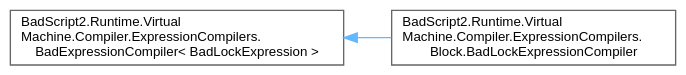
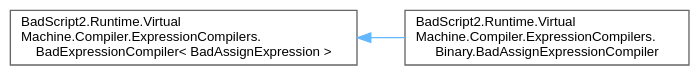
Before and after one commit to ByteChkR/BadScript2: the diagram in docs/reference/inherit_graph_79.dot, drawn with Graphviz. The commit also changed 1399 other files, not shown here.

```diff
--- a/docs/reference/inherit_graph_79.dot
+++ b/docs/reference/inherit_graph_79.dot
@@ -1,11 +1,11 @@
 digraph "Graphical Class Hierarchy"
 {
  // LATEX_PDF_SIZE
   bgcolor="transparent";
   edge [fontname=Helvetica,fontsize=10,labelfontname=Helvetica,labelfontsize=10];
   node [fontname=Helvetica,fontsize=10,shape=box,height=0.2,width=0.4];
   rankdir="LR";
-  Node0 [id="Node000000",label="BadScript2.Runtime.Virtual\lMachine.Compiler.ExpressionCompilers.\lBadExpressionCompiler\< BadLockExpression \>",height=0.2,width=0.4,color="grey40", fillcolor="white", style="filled",URL="$class_bad_script2_1_1_runtime_1_1_virtual_machine_1_1_compiler_1_1_expression_compilers_1_1_bad_expression_compiler.html",tooltip=" "];
-  Node0 -> Node1 [id="edge226_Node000000_Node000001",dir="back",color="steelblue1",style="solid",tooltip=" "];
-  Node1 [id="Node000001",label="BadScript2.Runtime.Virtual\lMachine.Compiler.ExpressionCompilers.\lBlock.BadLockExpressionCompiler",height=0.2,width=0.4,color="grey40", fillcolor="white", style="filled",URL="$class_bad_script2_1_1_runtime_1_1_virtual_machine_1_1_compiler_1_1_expression_compilers_1_1_blocb9cf0dbe84c6aa26b116dda11c8b0934.html",tooltip=" "];
+  Node0 [id="Node000000",label="BadScript2.Runtime.Virtual\lMachine.Compiler.ExpressionCompilers.\lBadExpressionCompiler\< BadAssignExpression \>",height=0.2,width=0.4,color="grey40", fillcolor="white", style="filled",URL="$class_bad_script2_1_1_runtime_1_1_virtual_machine_1_1_compiler_1_1_expression_compilers_1_1_bad_expression_compiler.html",tooltip=" "];
+  Node0 -> Node1 [id="edge249_Node000000_Node000001",dir="back",color="steelblue1",style="solid",tooltip=" "];
+  Node1 [id="Node000001",label="BadScript2.Runtime.Virtual\lMachine.Compiler.ExpressionCompilers.\lBinary.BadAssignExpressionCompiler",height=0.2,width=0.4,color="grey40", fillcolor="white", style="filled",URL="$class_bad_script2_1_1_runtime_1_1_virtual_machine_1_1_compiler_1_1_expression_compilers_1_1_bina044bd603711fb91763983be1c6d3ed92.html",tooltip=" "];
 }
```
